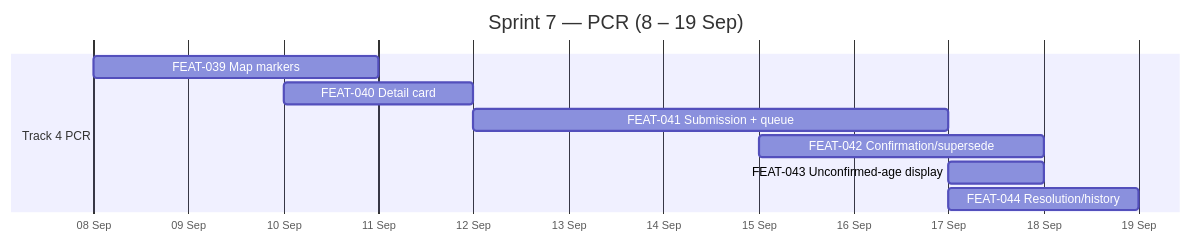
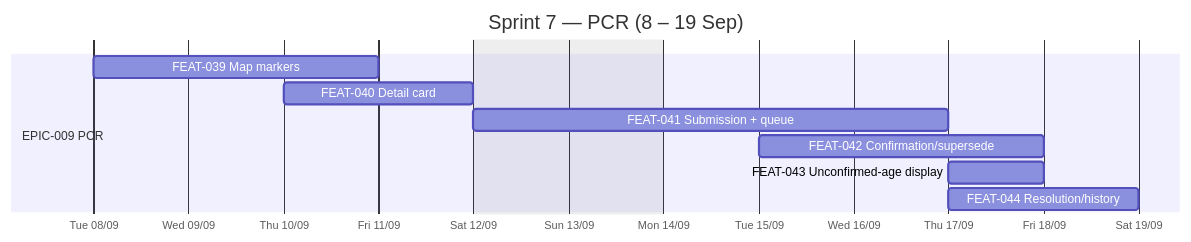
The ninth of 13 diagrams in docs/planning.md (giakhanh22024558/Trackaroo-Cheat-Sheat), drawn with Mermaid before and after one commit. The commit also changed other lines of this file and 1 other file, not shown here.

First line of the commit message:
planning: Sprint 0 register reframed to Tasks (S0-) + Topic/Concern/Criteria; gantt polish

````diff
--- a/docs/planning.md
+++ b/docs/planning.md
@@ -313,13 +326,15 @@
 ```mermaid
 gantt
     title Sprint 7 — PCR (8 – 19 Sep)
     dateFormat YYYY-MM-DD
-    axisFormat %d %b
-    section Track 4 PCR
+    axisFormat %a %d/%m
+    tickInterval 1day
+    excludes weekends
+    section EPIC-009 PCR
     FEAT-039 Map markers            :2026-09-08, 2026-09-11
     FEAT-040 Detail card            :2026-09-10, 2026-09-12
     FEAT-041 Submission + queue     :2026-09-12, 2026-09-17
     FEAT-042 Confirmation/supersede :2026-09-15, 2026-09-18
     FEAT-043 Unconfirmed-age display :2026-09-17, 2026-09-18
     FEAT-044 Resolution/history     :2026-09-17, 2026-09-19
 ```
````
